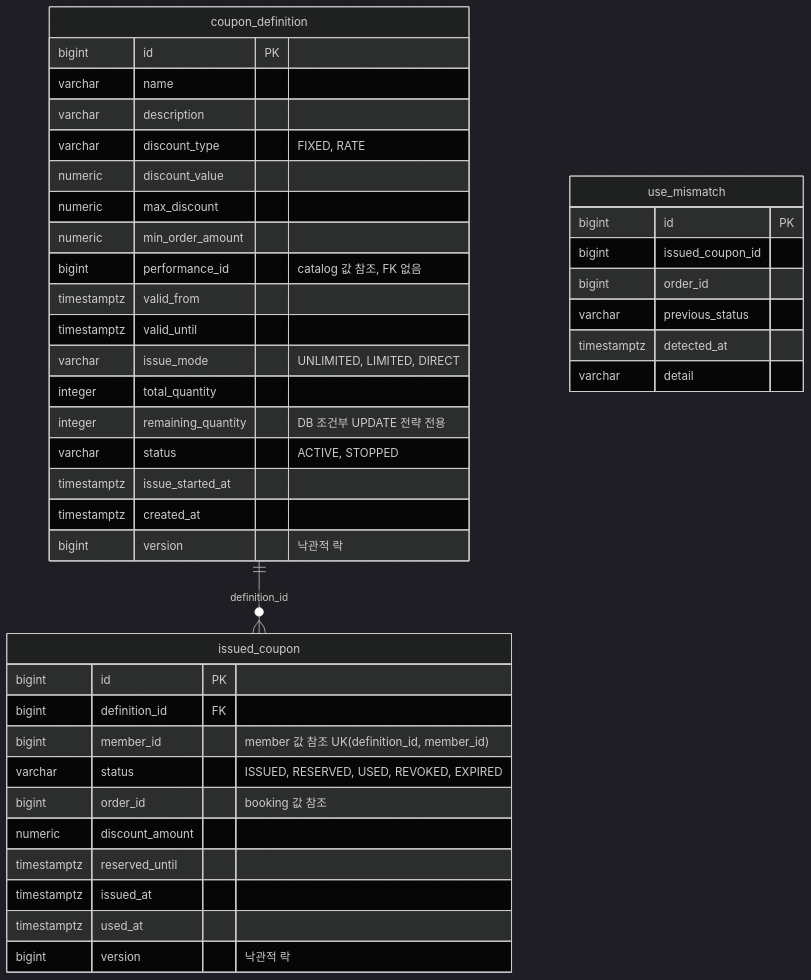
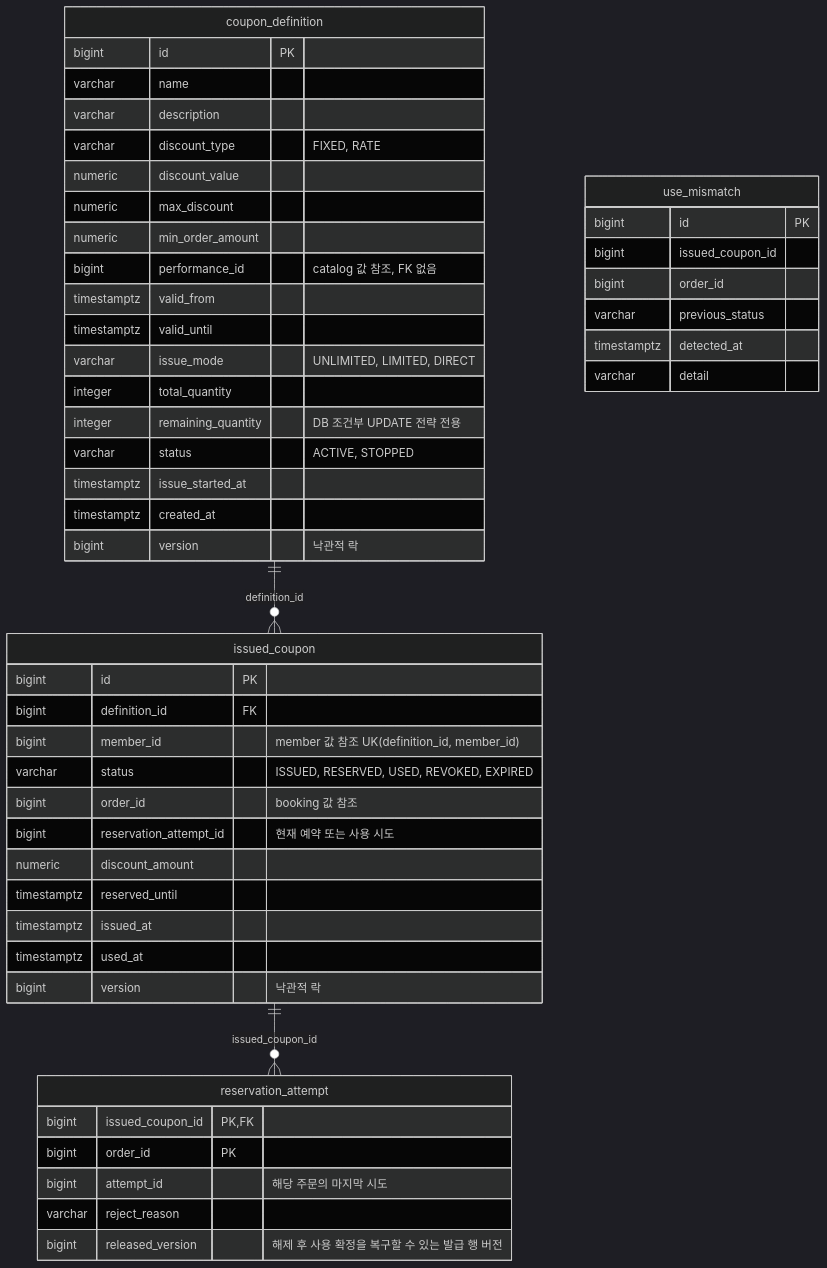
Before and after one commit to jkonury/ticketing: the sixth of 7 diagrams in docs/architecture/erd.md, drawn with Mermaid (dark theme). The commit also changed other lines of this file and 39 other files, not shown here.

````diff
--- a/docs/architecture/erd.md
+++ b/docs/architecture/erd.md
@@ -238,43 +239,52 @@
 ```mermaid
 erDiagram
     coupon_definition ||--o{ issued_coupon : "definition_id"
+    issued_coupon ||--o{ reservation_attempt : "issued_coupon_id"
     coupon_definition {
         bigint id PK
         varchar name
         varchar description
         varchar discount_type "FIXED, RATE"
         numeric discount_value
         numeric max_discount
         numeric min_order_amount
         bigint performance_id "catalog 값 참조, FK 없음"
         timestamptz valid_from
         timestamptz valid_until
         varchar issue_mode "UNLIMITED, LIMITED, DIRECT"
         integer total_quantity
         integer remaining_quantity "DB 조건부 UPDATE 전략 전용"
         varchar status "ACTIVE, STOPPED"
         timestamptz issue_started_at
         timestamptz created_at
         bigint version "낙관적 락"
     }
     issued_coupon {
         bigint id PK
         bigint definition_id FK
         bigint member_id "member 값 참조 UK(definition_id, member_id)"
         varchar status "ISSUED, RESERVED, USED, REVOKED, EXPIRED"
         bigint order_id "booking 값 참조"
+        bigint reservation_attempt_id "현재 예약 또는 사용 시도"
         numeric discount_amount
         timestamptz reserved_until
         timestamptz issued_at
         timestamptz used_at
         bigint version "낙관적 락"
+    }
+    reservation_attempt {
+        bigint issued_coupon_id PK, FK
+        bigint order_id PK
+        bigint attempt_id "해당 주문의 마지막 시도"
+        varchar reject_reason
+        bigint released_version "해제 후 사용 확정을 복구할 수 있는 발급 행 버전"
     }
     use_mismatch {
         bigint id PK
         bigint issued_coupon_id
         bigint order_id
         varchar previous_status
         timestamptz detected_at
         varchar detail
     }
 ```
````
